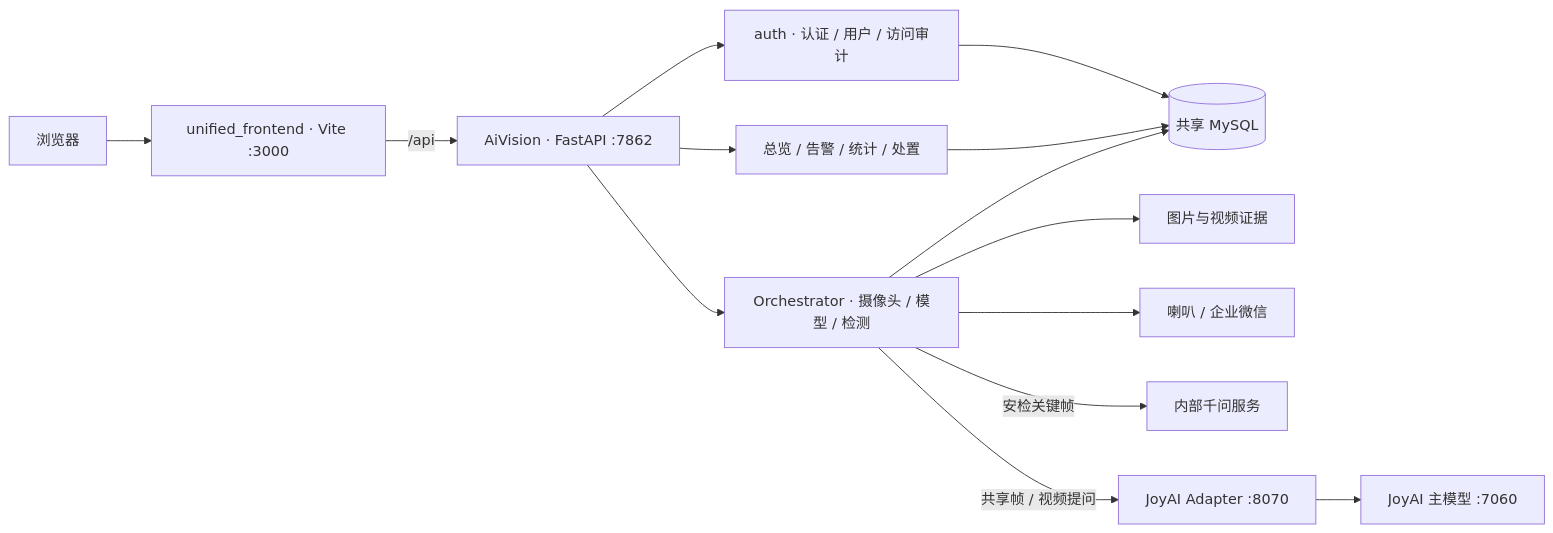
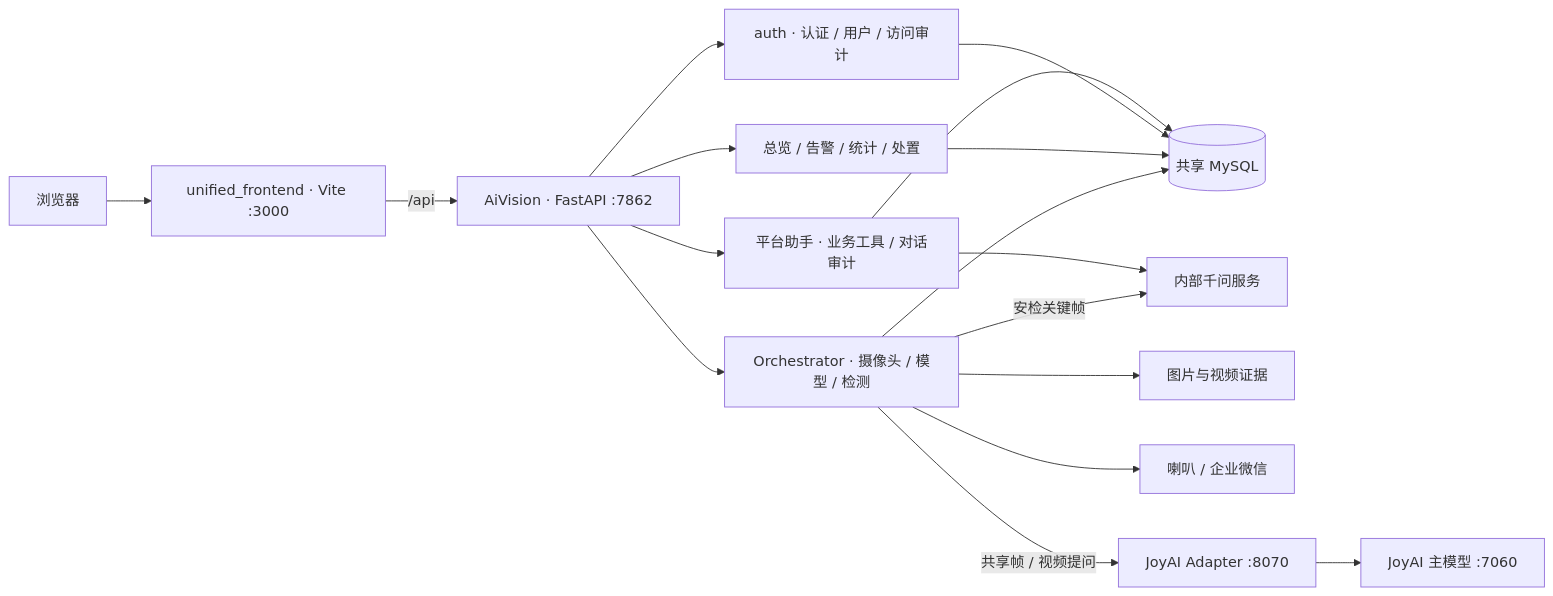
Before and after one commit to asmellperson/CVproject1: the diagram in README.md, drawn with Mermaid. The commit also changed other lines of this file and 51 other files, not shown here.

Commit message:
feat: add Qwen assistant for platform configuration

````diff
--- a/README.md
+++ b/README.md
@@ -9,16 +9,19 @@
 ```mermaid
 flowchart LR
     Browser[浏览器] --> Frontend[unified_frontend · Vite :3000]
     Frontend -->|/api| API[AiVision · FastAPI :7862]
     API --> Auth[auth · 认证 / 用户 / 访问审计]
     API --> Runtime[Orchestrator · 摄像头 / 模型 / 检测]
     API --> Records[总览 / 告警 / 统计 / 处置]
+    API --> Assistant[平台助手 · 业务工具 / 对话审计]
+    Assistant --> DB
+    Assistant --> Qwen
     Auth --> DB[(共享 MySQL)]
     Records --> DB
     Runtime --> DB
     Runtime --> Media[图片与视频证据]
     Runtime --> Notify[喇叭 / 企业微信]
     Runtime -->|安检关键帧| Qwen[内部千问服务]
     Runtime -->|共享帧 / 视频提问| JoyAdapter[JoyAI Adapter :8070]
     JoyAdapter --> JoyAI[JoyAI 主模型 :7060]
 ```
````
